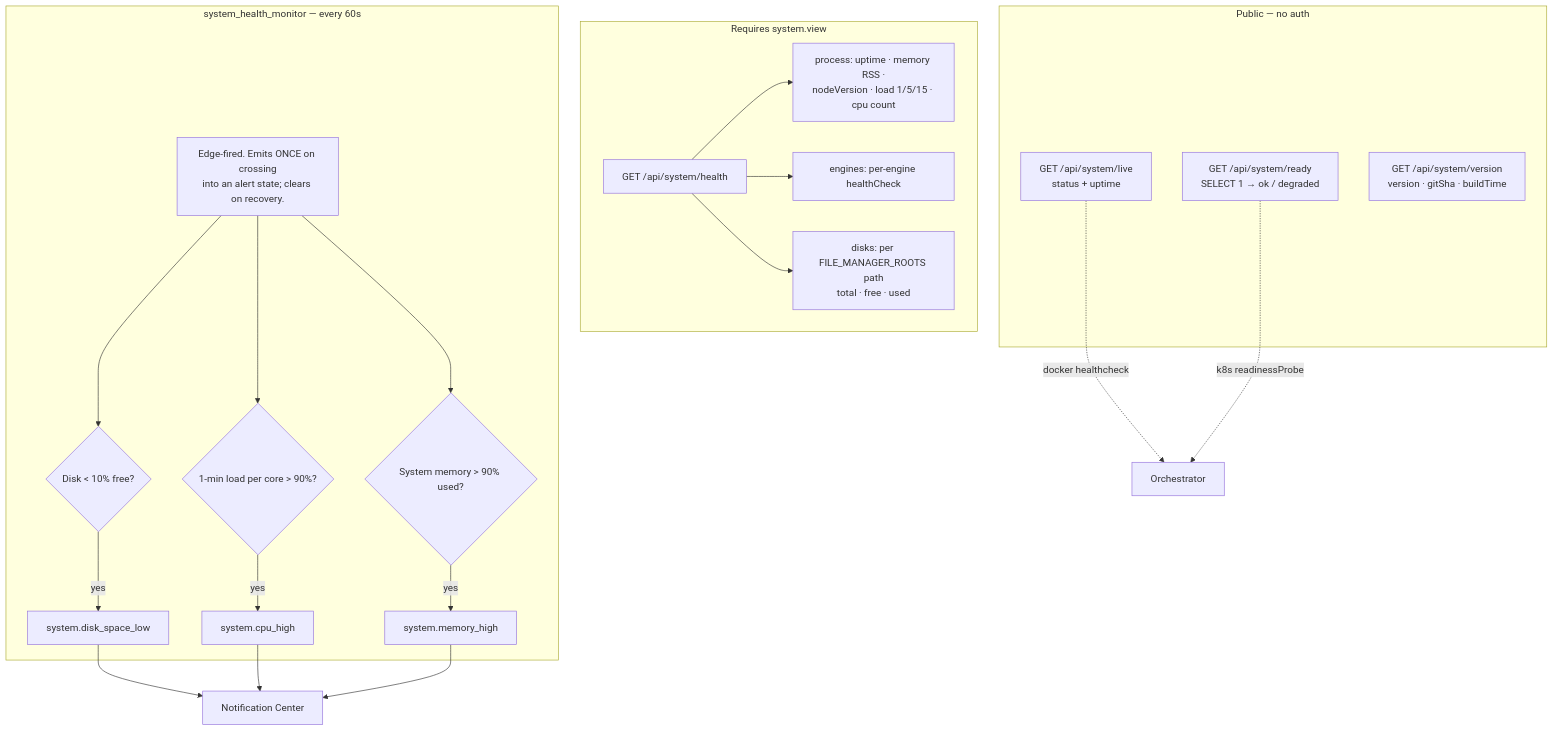
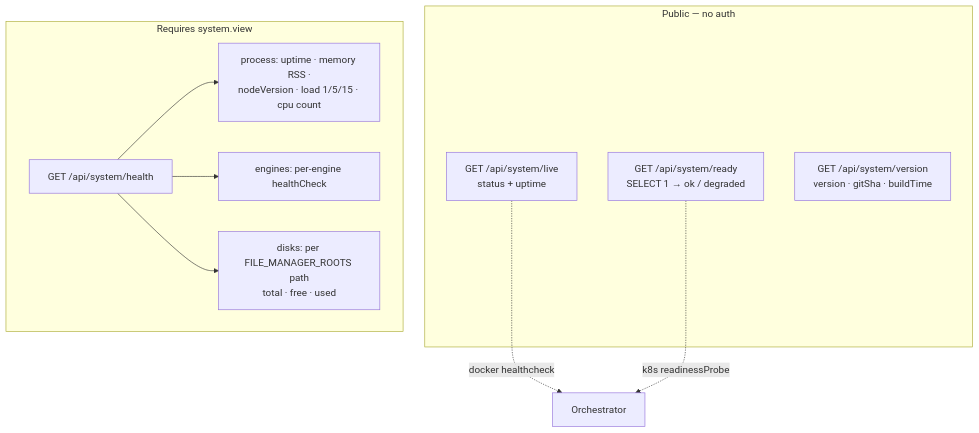
The diagram in website/docs/modules/system.md (damirabal/ultratorrent-core), drawn with Mermaid before and after one commit. The commit also changed other lines of this file and 63 other files, not shown here.

````diff
--- a/website/docs/modules/system.md
+++ b/website/docs/modules/system.md
@@ -40,32 +40,18 @@
 ```mermaid
 flowchart TD
     subgraph Public["Public — no auth"]
       L[GET /api/system/live<br/>status + uptime]
       R[GET /api/system/ready<br/>SELECT 1 → ok / degraded]
       V[GET /api/system/version<br/>version · gitSha · buildTime]
     end
 
     subgraph Authed["Requires system.view"]
       H[GET /api/system/health]
       H --> H1[process: uptime · memory RSS ·<br/>nodeVersion · load 1/5/15 · cpu count]
       H --> H2[engines: per-engine healthCheck]
       H --> H3[disks: per FILE_MANAGER_ROOTS path<br/>total · free · used]
     end
 
-    subgraph Monitor["system_health_monitor — every 60s"]
-      M[Edge-fired. Emits ONCE on crossing<br/>into an alert state; clears on recovery.]
-      M --> D{Disk &lt; 10% free?}
-      M --> C{1-min load per core &gt; 90%?}
-      M --> ME{System memory &gt; 90% used?}
-      D -->|yes| E1[system.disk_space_low]
-      C -->|yes| E2[system.cpu_high]
-      ME -->|yes| E3[system.memory_high]
-    end
-
-    E1 --> NC[Notification Center]
-    E2 --> NC
-    E3 --> NC
-
     L -.docker healthcheck.-> ORCH[Orchestrator]
     R -.k8s readinessProbe.-> ORCH
 ```
````
